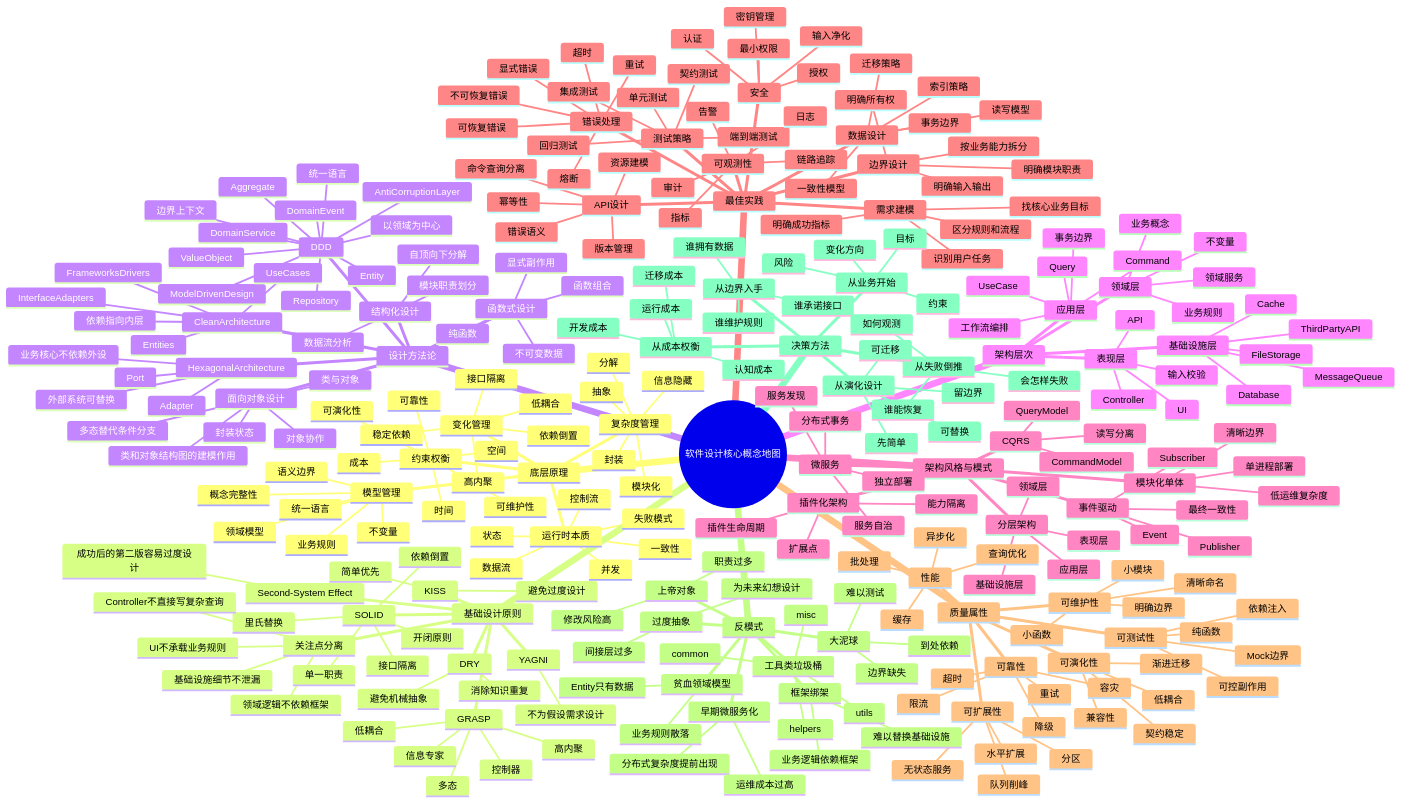
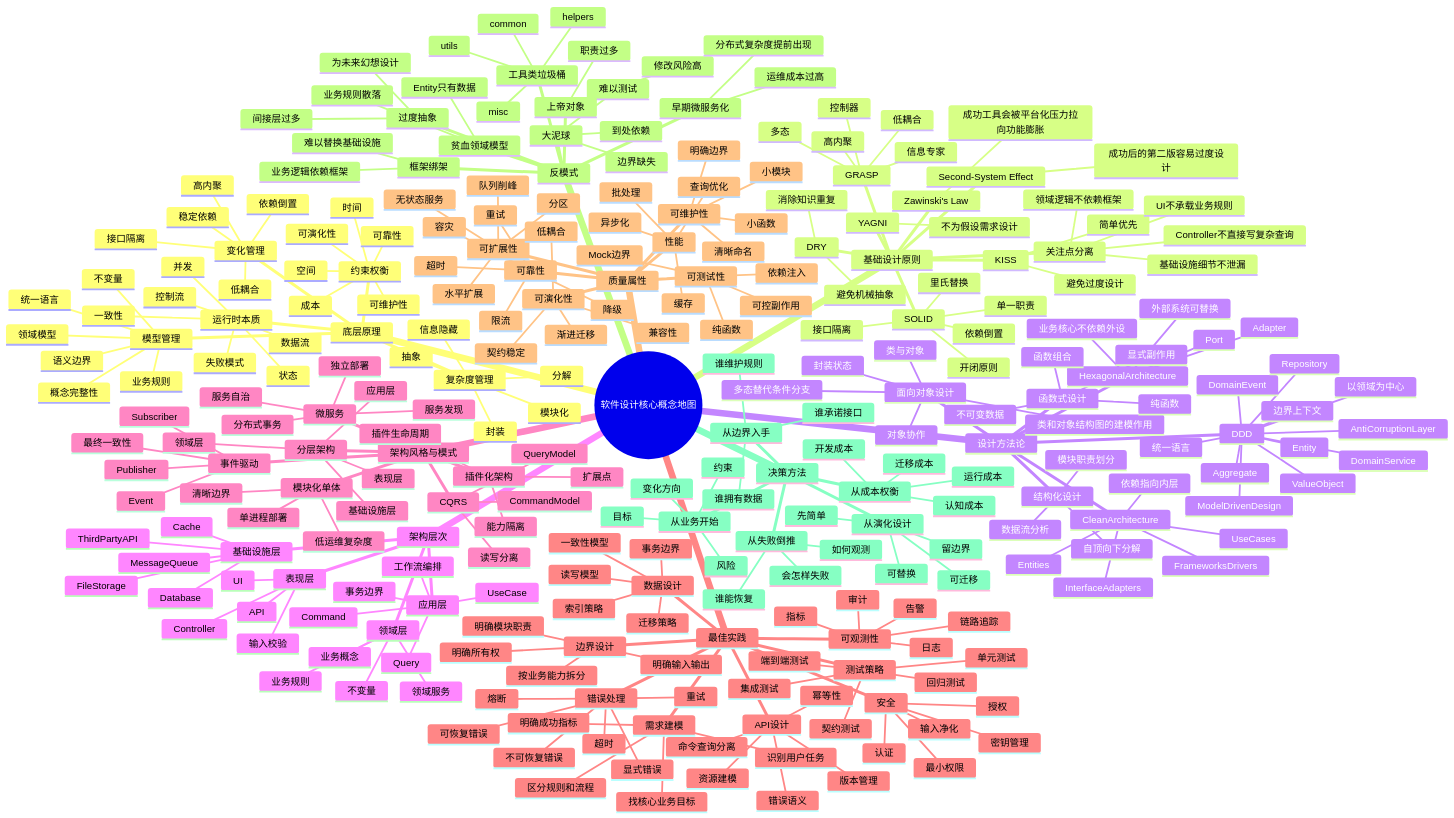
The diagram in wiki/maps/Software Design Map.md (zjykzk/blog), drawn with Mermaid before and after one commit. The commit also changed other lines of this file and 1 other file, not shown here.

Commit message:
docs(wiki): capture Zawinski's Law

```diff
--- a/wiki/maps/Software Design Map.md
+++ b/wiki/maps/Software Design Map.md
@@ -89,6 +89,8 @@
         不为假设需求设计
       Second-System Effect
         成功后的第二版容易过度设计
+      Zawinski's Law
+        成功工具会被平台化压力拉向功能膨胀
       DRY
         消除知识重复
         避免机械抽象
```
